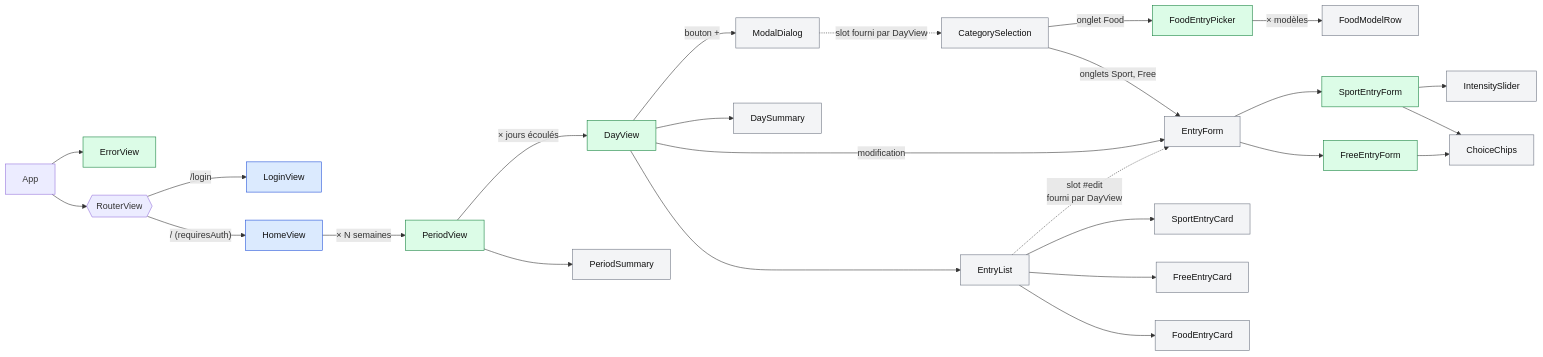
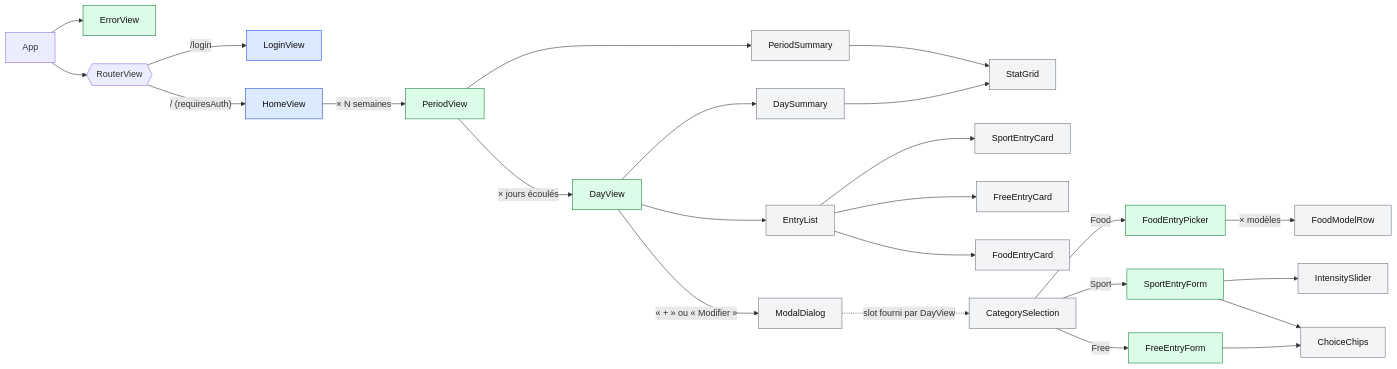
Before and after one commit to brieuc/dailyvue: the second of 16 diagrams in docs/dependances.md, drawn with Mermaid. The commit also changed other lines of this file and 30 other files, not shown here.

````diff
--- a/docs/dependances.md
+++ b/docs/dependances.md
@@ -54,34 +54,33 @@
 ```mermaid
 flowchart LR
     App --> ErrorView
     App --> RouterView{{"RouterView"}}
     RouterView -- "/login" --> LoginView
     RouterView -- "/ (requiresAuth)" --> HomeView
     HomeView -- "× N semaines" --> PeriodView
     PeriodView -- "× jours écoulés" --> DayView
     PeriodView --> PeriodSummary
-    DayView -- "bouton +" --> ModalDialog
-    ModalDialog -. "slot fourni par DayView" .-> CategorySelection
-    CategorySelection -- "onglet Food" --> FoodEntryPicker
-    FoodEntryPicker -- "× modèles" --> FoodModelRow
-    CategorySelection -- "onglets Sport, Free" --> EntryForm
-    DayView -- "modification" --> EntryForm
-    SportEntryForm --> IntensitySlider
-    SportEntryForm --> ChoiceChips
-    FreeEntryForm --> ChoiceChips
-    EntryForm --> SportEntryForm
-    EntryForm --> FreeEntryForm
+    PeriodSummary --> StatGrid
     DayView --> DaySummary
+    DaySummary --> StatGrid
     DayView --> EntryList
     EntryList --> SportEntryCard
     EntryList --> FreeEntryCard
     EntryList --> FoodEntryCard
-    EntryList -. "slot #edit<br/>fourni par DayView" .-> EntryForm
+    DayView -- "« + » ou « Modifier »" --> ModalDialog
+    ModalDialog -. "slot fourni par DayView" .-> CategorySelection
+    CategorySelection -- "Food" --> FoodEntryPicker
+    FoodEntryPicker -- "× modèles" --> FoodModelRow
+    CategorySelection -- "Sport" --> SportEntryForm
+    CategorySelection -- "Free" --> FreeEntryForm
+    SportEntryForm --> IntensitySlider
+    SportEntryForm --> ChoiceChips
+    FreeEntryForm --> ChoiceChips
 
     classDef view fill:#dbeafe,stroke:#1d4ed8,color:#111
     classDef smart fill:#dcfce7,stroke:#15803d,color:#111
     classDef dumb fill:#f3f4f6,stroke:#6b7280,color:#111
     class LoginView,HomeView view
     class ErrorView,PeriodView,DayView,FoodEntryPicker,SportEntryForm,FreeEntryForm smart
-    class PeriodSummary,DaySummary,ModalDialog,ChoiceChips,IntensitySlider,CategorySelection,FoodModelRow,EntryForm,EntryList,SportEntryCard,FreeEntryCard,FoodEntryCard dumb
+    class PeriodSummary,DaySummary,StatGrid,ModalDialog,ChoiceChips,IntensitySlider,CategorySelection,FoodModelRow,EntryList,SportEntryCard,FreeEntryCard,FoodEntryCard dumb
 ```
````
